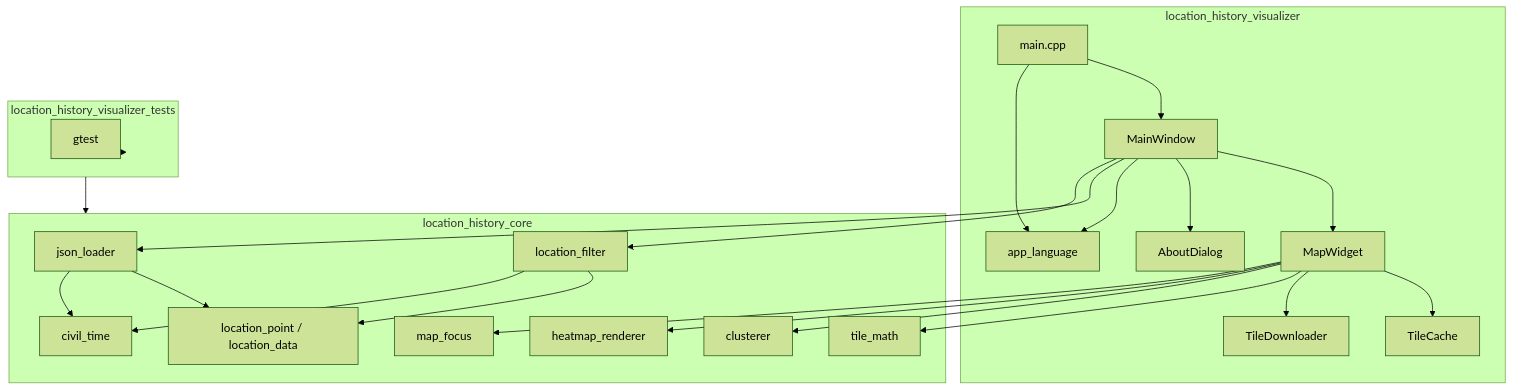
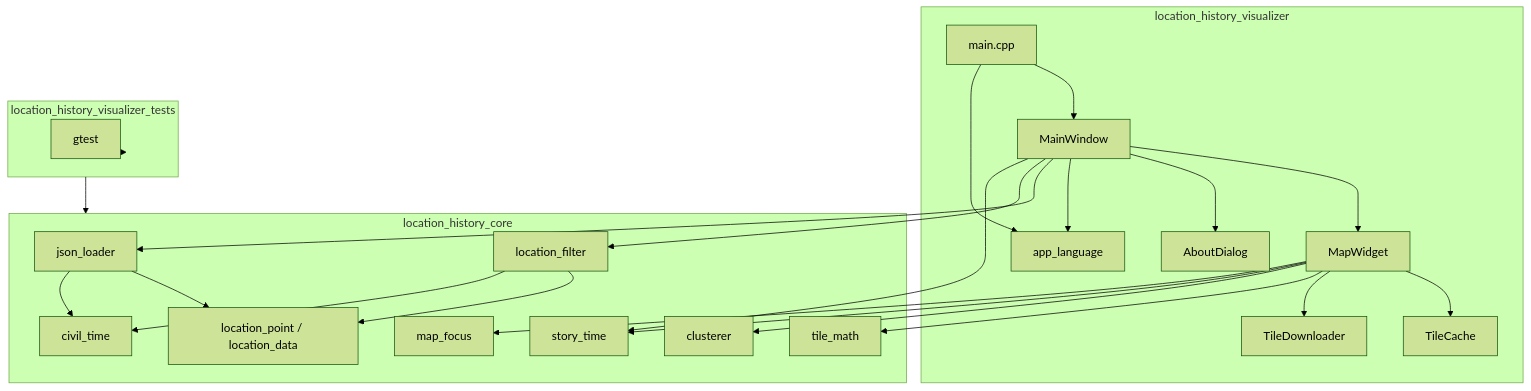
Before and after one commit to ViezTrinker/location-history-visualizer: the first of 2 diagrams in doc/architecture.md, drawn with Mermaid (forest theme). The commit also changed 26 other files, not shown here.

````diff
--- a/doc/architecture.md
+++ b/doc/architecture.md
@@ -11,47 +11,48 @@
 ```mermaid
 flowchart TB
   subgraph app [location_history_visualizer]
     mainCpp[main.cpp]
     mainWindow[MainWindow]
     mapWidget[MapWidget]
     aboutDialog[AboutDialog]
     appLanguage[app_language]
     tileCache[TileCache]
     tileDownloader[TileDownloader]
   end
 
   subgraph core [location_history_core]
     jsonLoader[json_loader]
     filter[location_filter]
     civilTime[civil_time]
     tileMath[tile_math]
     clusterer[clusterer]
-    heatmap[heatmap_renderer]
+    storyTime[story_time]
     mapFocus[map_focus]
     dataModel[location_point / location_data]
   end
 
   subgraph tests [location_history_visualizer_tests]
     gtest[gtest]
   end
 
   mainCpp --> mainWindow
   mainCpp --> appLanguage
   mainWindow --> mapWidget
   mainWindow --> aboutDialog
   mainWindow --> appLanguage
   mainWindow --> jsonLoader
   mainWindow --> filter
+  mainWindow --> storyTime
   mapWidget --> tileCache
   mapWidget --> tileDownloader
   mapWidget --> tileMath
   mapWidget --> clusterer
-  mapWidget --> heatmap
+  mapWidget --> storyTime
   mapWidget --> mapFocus
   jsonLoader --> dataModel
   jsonLoader --> civilTime
   filter --> dataModel
   filter --> civilTime
   tests --> core
   tests --> gtest
 ```
````
